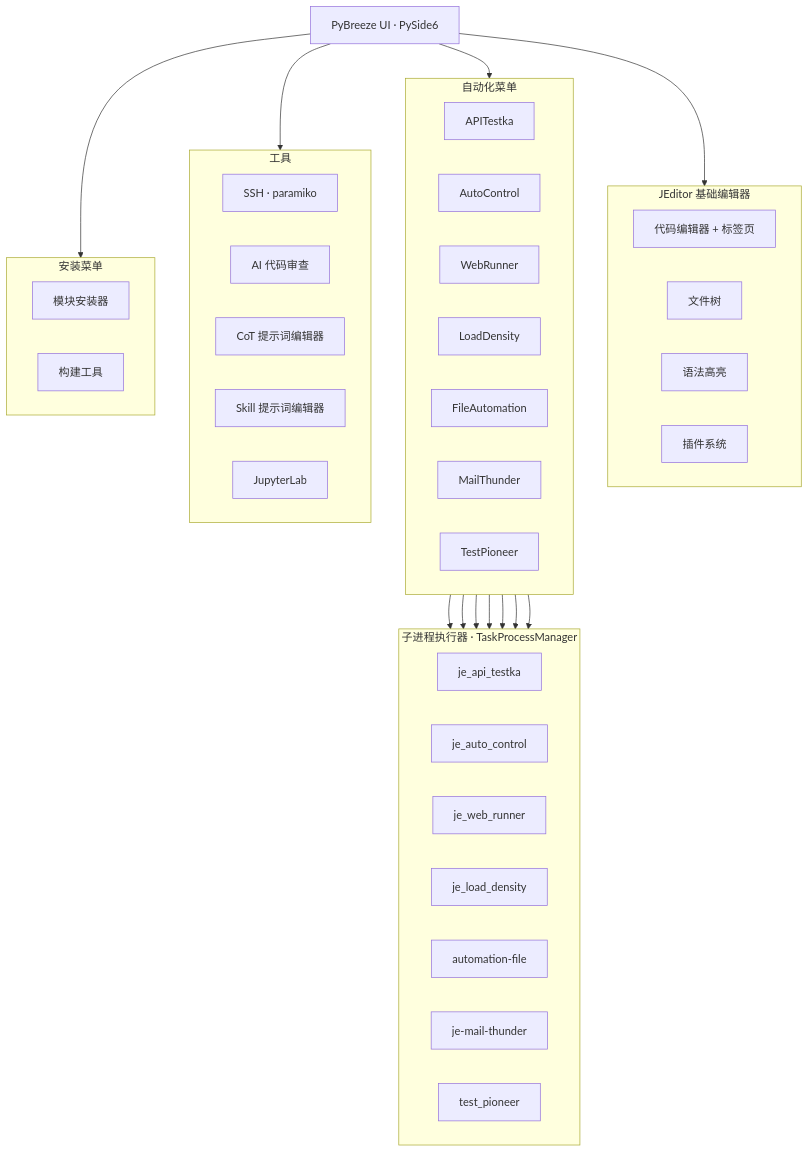
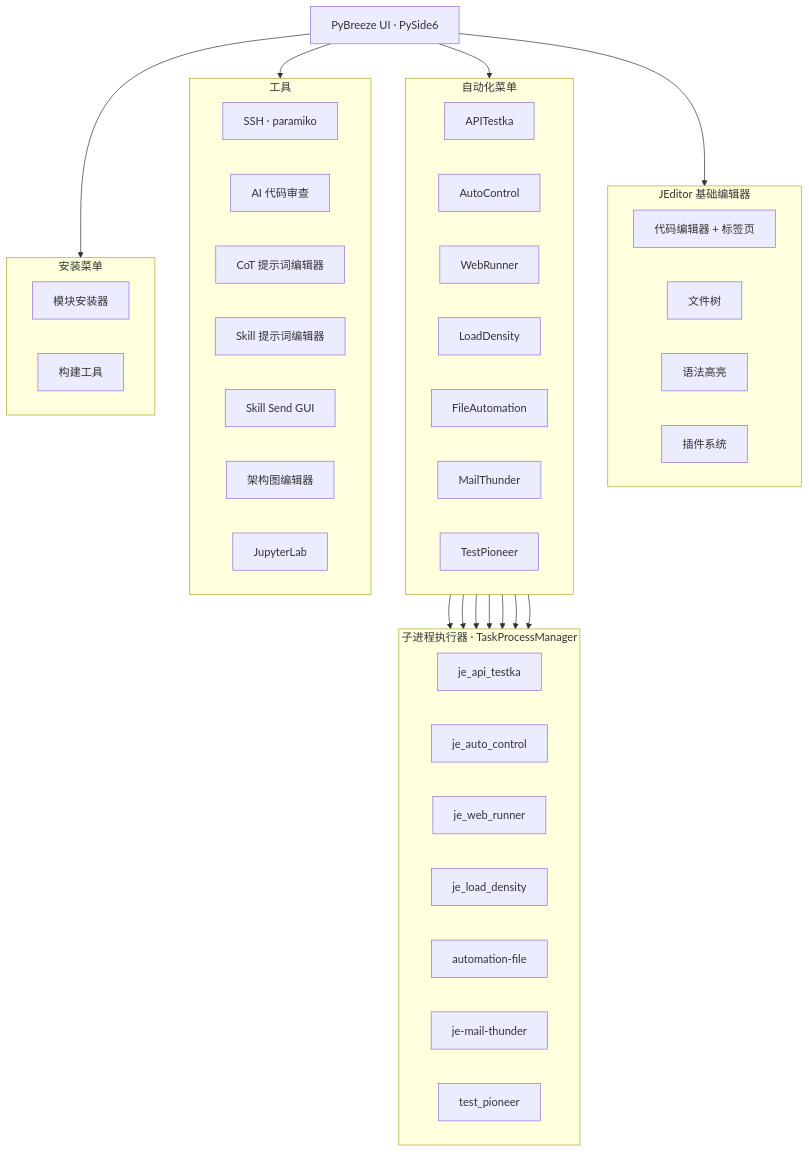
One commit to Integration-Automation/PyBreeze changed the diagram in README/README_zh-CN.md. Above: the diagram before and after it, drawn with Mermaid. The commit also changed other lines of this file and 6 other files, not shown here.

Commit message:
Document diagram editor, file tree context menu, and skill send GUI

````diff
--- a/README/README_zh-CN.md
+++ b/README/README_zh-CN.md
@@ -110,62 +119,64 @@
 ```mermaid
 flowchart TB
     UI["PyBreeze UI · PySide6"]
 
     subgraph Editor["JEditor 基础编辑器"]
         direction LR
         E1["代码编辑器 + 标签页"]
         E2["文件树"]
         E3["语法高亮"]
         E4["插件系统"]
     end
 
     subgraph Automation["自动化菜单"]
         direction LR
         A1["APITestka"]
         A2["AutoControl"]
         A3["WebRunner"]
         A4["LoadDensity"]
         A5["FileAutomation"]
         A6["MailThunder"]
         A7["TestPioneer"]
     end
 
     subgraph Executors["子进程执行器 · TaskProcessManager"]
         direction LR
         X1["je_api_testka"]
         X2["je_auto_control"]
         X3["je_web_runner"]
         X4["je_load_density"]
         X5["automation-file"]
         X6["je-mail-thunder"]
         X7["test_pioneer"]
     end
 
     subgraph Tools["工具"]
         direction LR
         T1["SSH · paramiko"]
         T2["AI 代码审查"]
         T3["CoT 提示词编辑器"]
         T4["Skill 提示词编辑器"]
-        T5["JupyterLab"]
+        T5["Skill Send GUI"]
+        T6["架构图编辑器"]
+        T7["JupyterLab"]
     end
 
     subgraph Install["安装菜单"]
         direction LR
         I1["模块安装器"]
         I2["构建工具"]
     end
 
     UI --> Editor
     UI --> Automation
     UI --> Tools
     UI --> Install
 
     A1 --> X1
     A2 --> X2
     A3 --> X3
     A4 --> X4
     A5 --> X5
     A6 --> X6
     A7 --> X7
 ```
````
